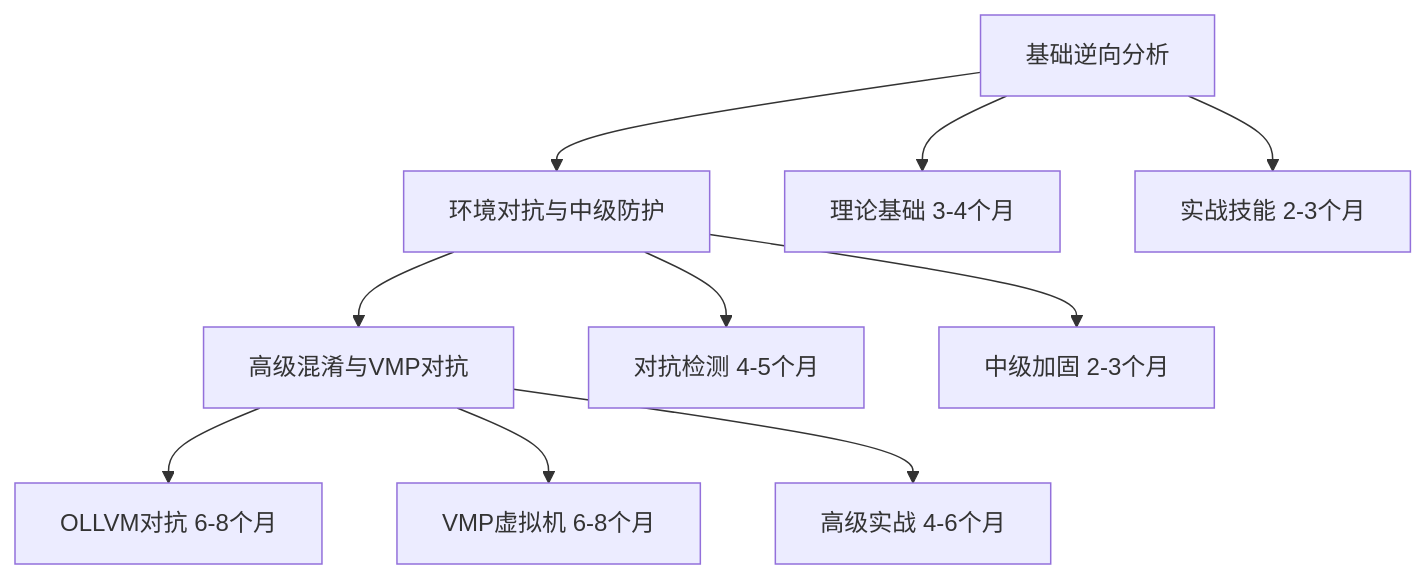
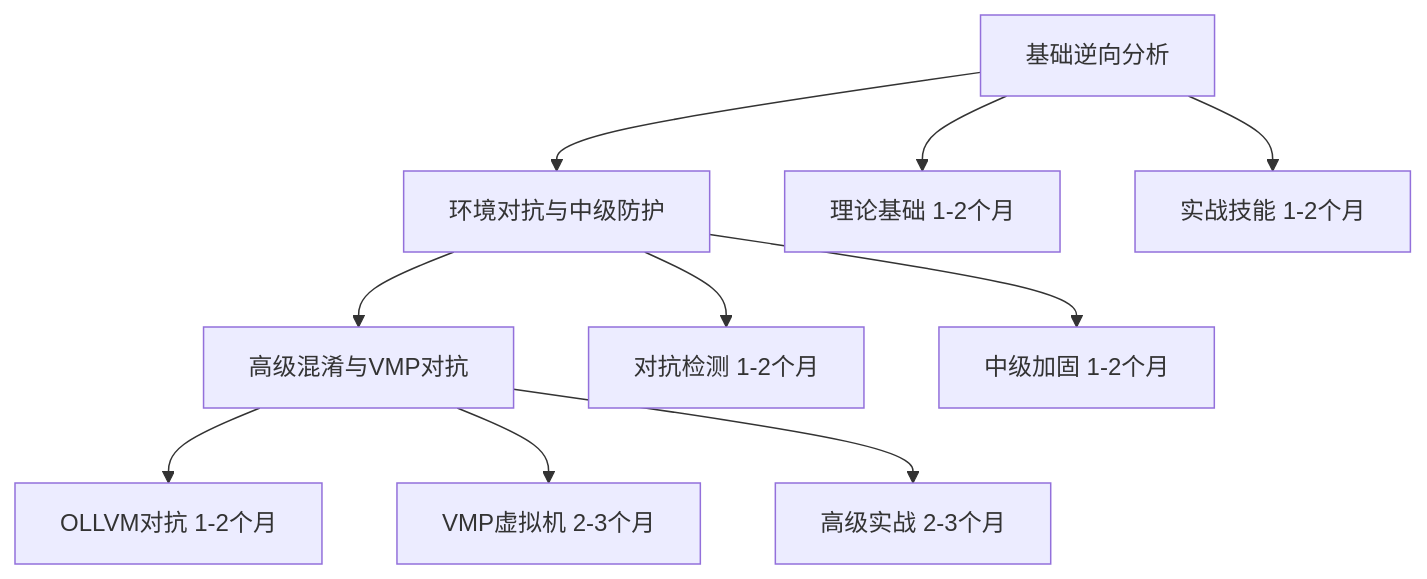
One commit to goldenfish689/android-reverse changed the first of 4 diagrams in android逆向学习路线图(推荐).md. Above: the diagram before and after it, drawn with Mermaid.

````diff
--- a/android逆向学习路线图(推荐).md
+++ b/android逆向学习路线图(推荐).md
@@ -5,12 +5,12 @@
 ```mermaid
 graph TD
     A[基础逆向分析] --> B[环境对抗与中级防护]
     B --> C[高级混淆与VMP对抗]
-    A --> A1[理论基础 3-4个月]
-    A --> A2[实战技能 2-3个月]
-    B --> B1[对抗检测 4-5个月]
-    B --> B2[中级加固 2-3个月]
-    C --> C1[OLLVM对抗 6-8个月]
-    C --> C2[VMP虚拟机 6-8个月]
-    C --> C3[高级实战 4-6个月]
+    A --> A1[理论基础 1-2个月]
+    A --> A2[实战技能 1-2个月]
+    B --> B1[对抗检测 1-2个月]
+    B --> B2[中级加固 1-2个月]
+    C --> C1[OLLVM对抗 1-2个月]
+    C --> C2[VMP虚拟机 2-3个月]
+    C --> C3[高级实战 2-3个月]
 ```
````
